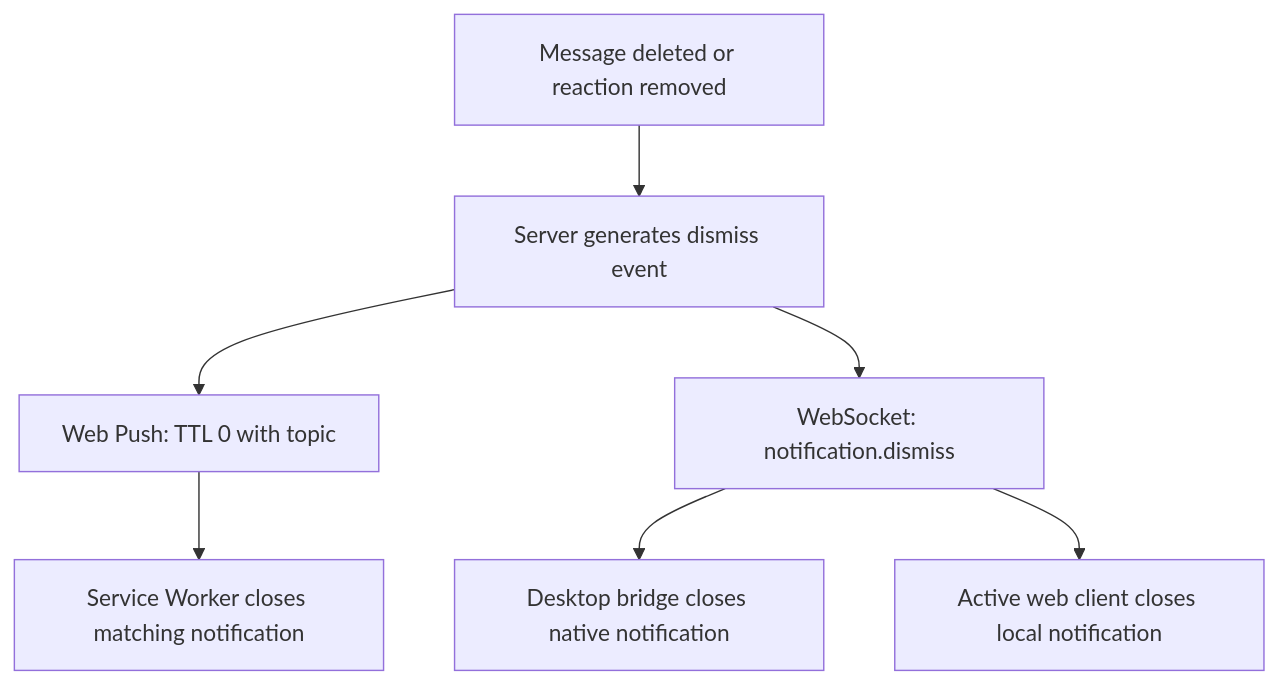
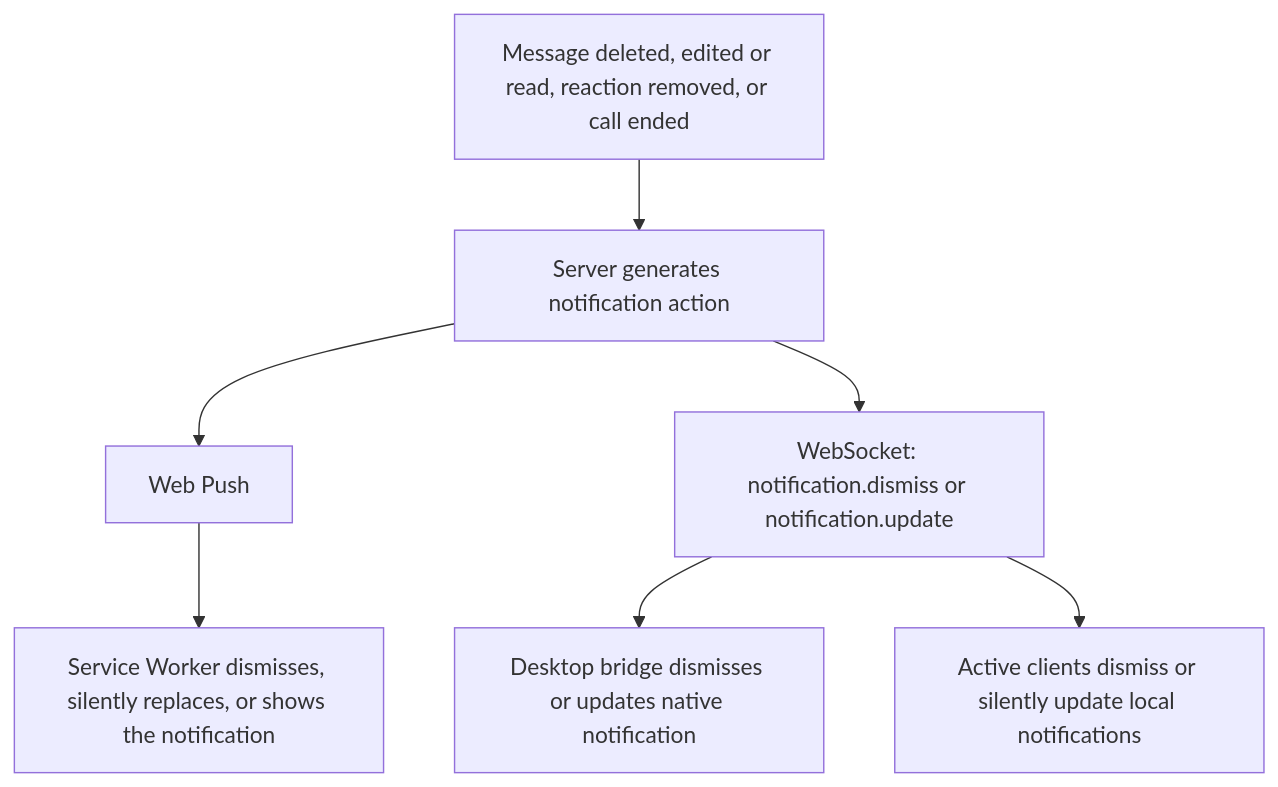
Before and after one commit to Quenary/konvoez: the second of 2 diagrams in docs/NOTIFICATIONS.md, drawn with Mermaid. The commit also changed other lines of this file and 26 other files, not shown here.

First line of the commit message:
fix(server): sync notifications with message state

````diff
--- a/docs/NOTIFICATIONS.md
+++ b/docs/NOTIFICATIONS.md
@@ -53,9 +55,9 @@
 ```mermaid
 flowchart TD
-  Event[Message deleted or reaction removed] --> Server[Server generates dismiss event]
-  Server --> WebPush[Web Push: TTL 0 with topic]
-  Server --> Socket[WebSocket: notification.dismiss]
-  WebPush --> SW[Service Worker closes matching notification]
-  Socket --> Desktop[Desktop bridge closes native notification]
-  Socket --> Client[Active web client closes local notification]
+  Event[Message deleted, edited or read, reaction removed, or call ended] --> Server[Server generates notification action]
+  Server --> WebPush[Web Push]
+  Server --> Socket[WebSocket: notification.dismiss or notification.update]
+  WebPush --> SW[Service Worker dismisses, silently replaces, or shows the notification]
+  Socket --> Desktop[Desktop bridge dismisses or updates native notification]
+  Socket --> Client[Active clients dismiss or silently update local notifications]
 ```
````
